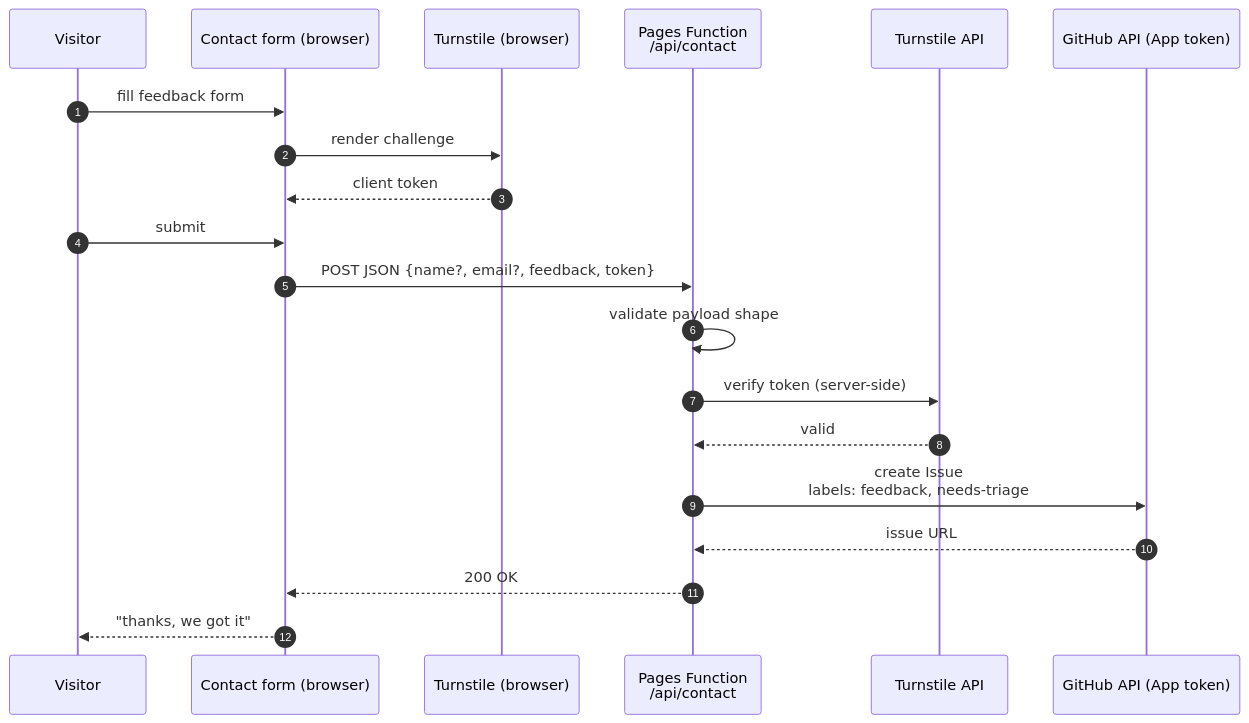
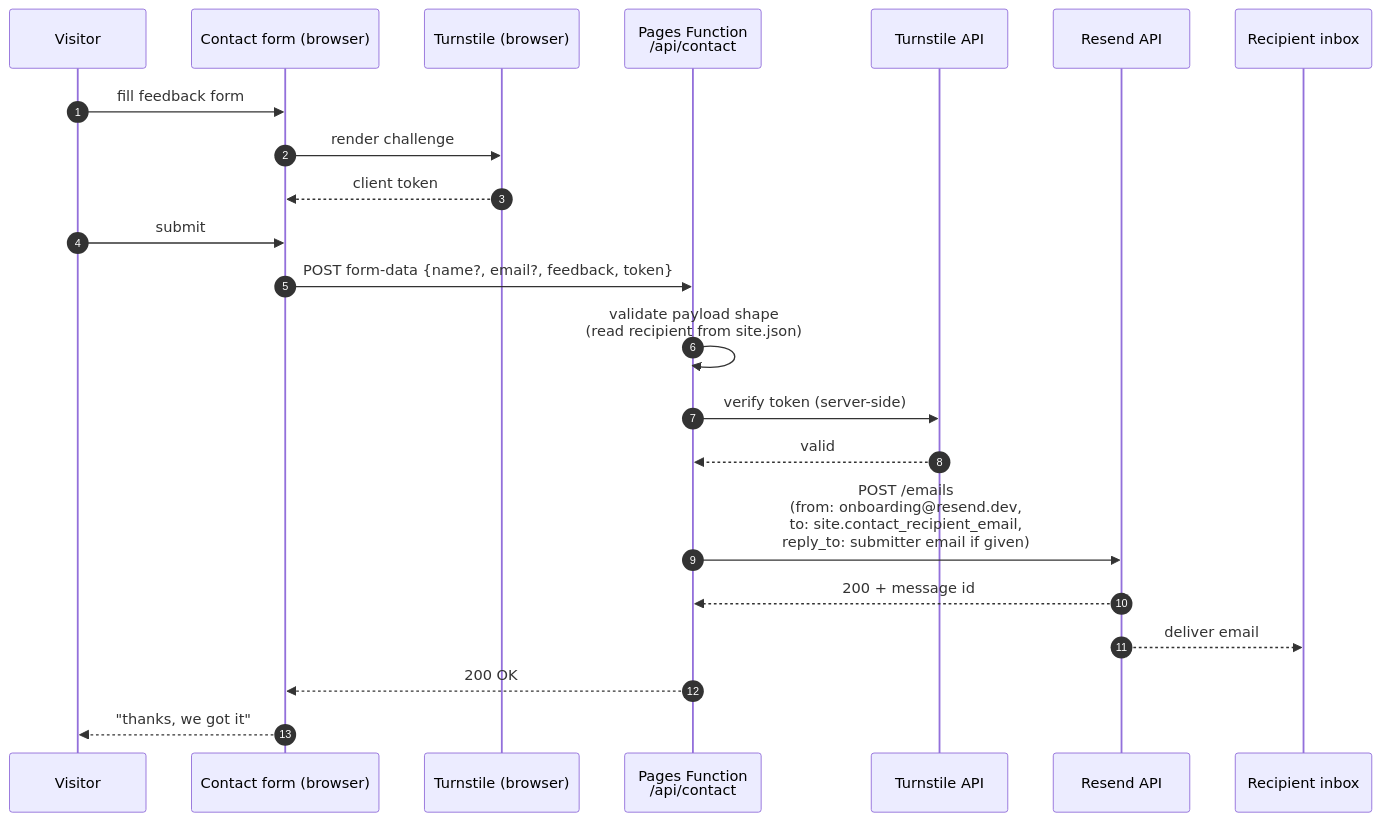
One commit to Mutual-Aid-Phoenix/mutual-aid-phoenix changed the fifth of 6 diagrams in ARCHITECTURE.md. Above: the diagram before and after it, drawn with Mermaid. The commit also changed other lines of this file and 9 other files, not shown here.

Commit message:
Make the contact form work!

````diff
--- a/ARCHITECTURE.md
+++ b/ARCHITECTURE.md
@@ -172,24 +172,26 @@
 ```mermaid
 sequenceDiagram
     autonumber
     participant V as Visitor
     participant Form as Contact form (browser)
     participant TS as Turnstile (browser)
     participant F as Pages Function<br/>/api/contact
     participant TAPI as Turnstile API
-    participant GH as GitHub API (App token)
+    participant R as Resend API
+    participant Inbox as Recipient inbox
 
     V->>Form: fill feedback form
     Form->>TS: render challenge
     TS-->>Form: client token
     V->>Form: submit
 
-    Form->>F: POST JSON {name?, email?, feedback, token}
-    F->>F: validate payload shape
+    Form->>F: POST form-data {name?, email?, feedback, token}
+    F->>F: validate payload shape<br/>(read recipient from site.json)
     F->>TAPI: verify token (server-side)
     TAPI-->>F: valid
-    F->>GH: create Issue<br/>labels: feedback, needs-triage
-    GH-->>F: issue URL
+    F->>R: POST /emails<br/>(from: onboarding@resend.dev,<br/>to: site.contact_recipient_email,<br/>reply_to: submitter email if given)
+    R-->>F: 200 + message id
+    R-->>Inbox: deliver email
     F-->>Form: 200 OK
     Form-->>V: "thanks, we got it"
 ```
````
